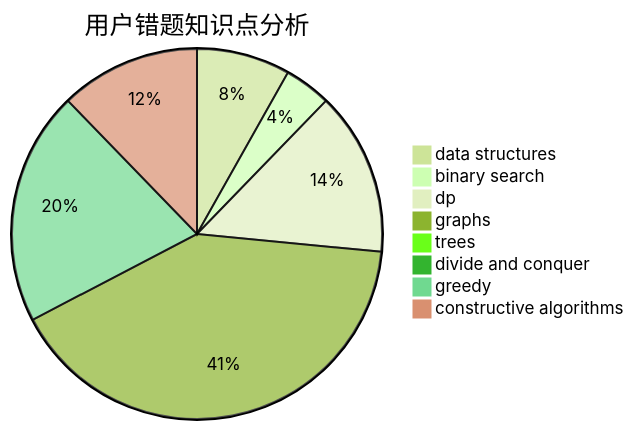
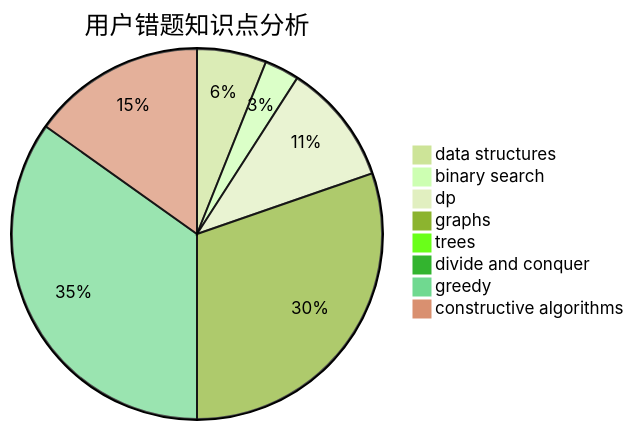
One commit to sherpahu/cfrs.github.io changed the third of 3 diagrams in docs/user/u2071.md. Above: the diagram before and after it, drawn with Mermaid (forest theme). The commit also changed other lines of this file and 2770 other files, not shown here.

````diff
--- a/docs/user/u2071.md
+++ b/docs/user/u2071.md
@@ -36,11 +36,11 @@
 ```mermaid
 pie title 用户错题知识点分析
     "data structures" :  8
     "binary search" :  4
     "dp" :  14
     "graphs" :  40
     "trees" :  0
     "divide and conquer" :  0
-    "greedy" :  20
-    "constructive algorithms" :  12
+    "greedy" :  46
+    "constructive algorithms" :  20
 ```
````
